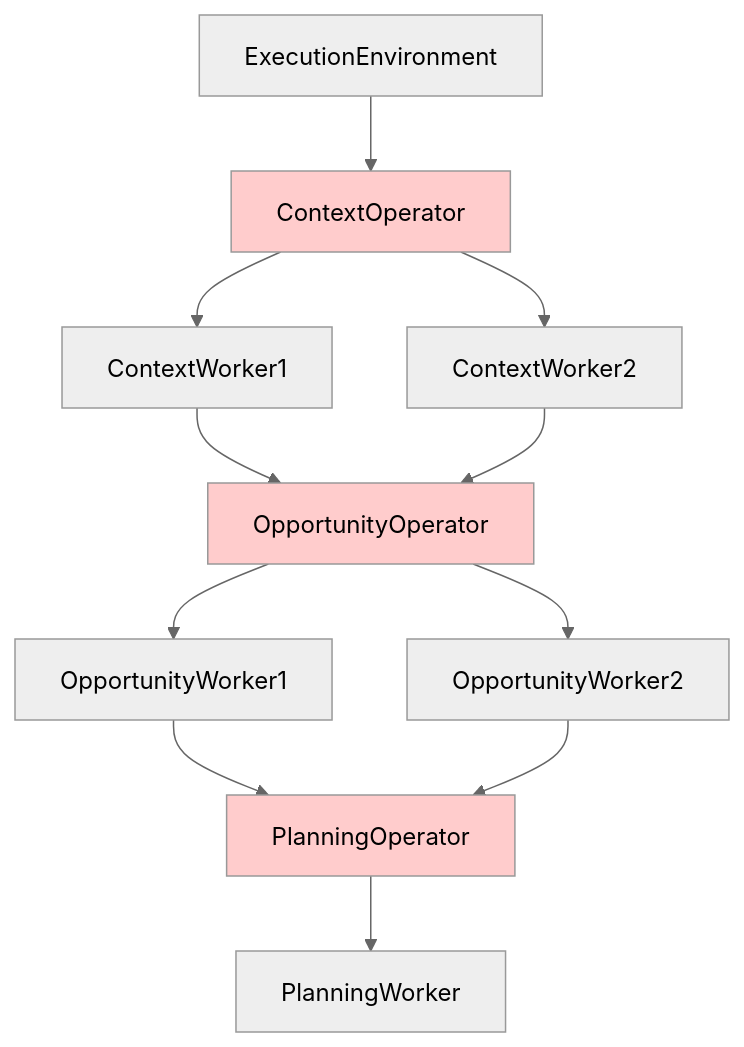
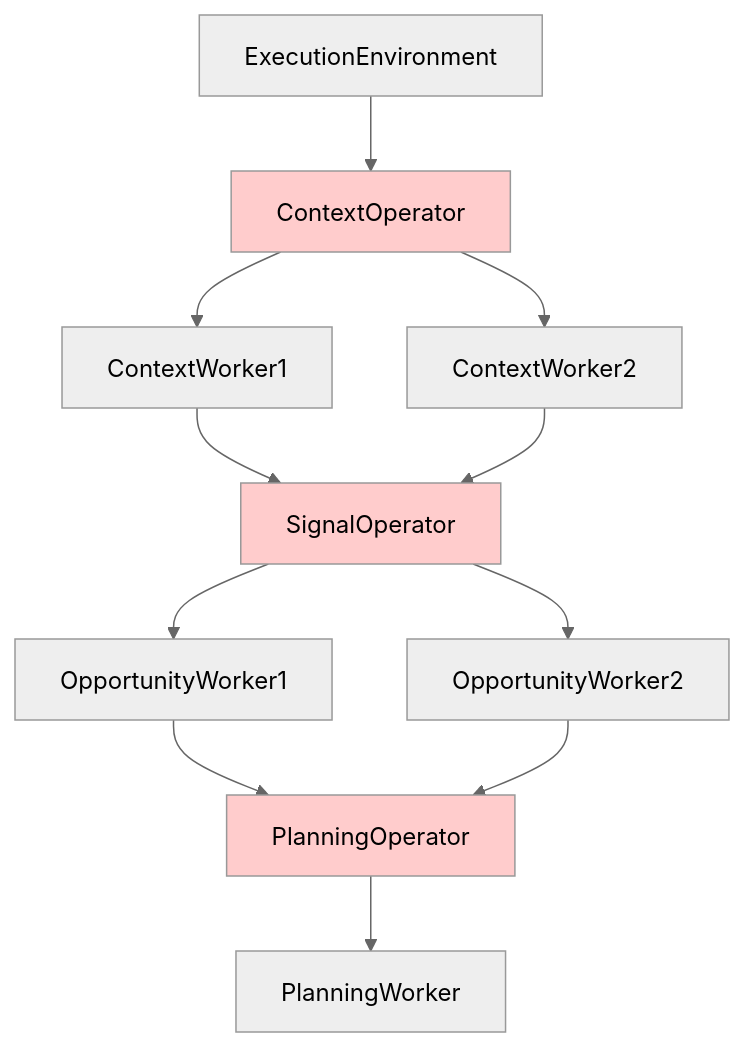
Before and after one commit to MikeyVK/S1mpleTraderV3: the third of 5 diagrams in docs/architecture/LAYERED_ARCHITECTURE.md, drawn with Mermaid (neutral theme). The commit also changed 13 other files, not shown here.

````diff
--- a/docs/architecture/LAYERED_ARCHITECTURE.md
+++ b/docs/architecture/LAYERED_ARCHITECTURE.md
@@ -260,27 +260,27 @@
 ```mermaid
 graph TD
     Env[ExecutionEnvironment]
     CtxOp[ContextOperator]
-    OppOp[OpportunityOperator]
+    OppOp[SignalOperator]
     PlanOp[PlanningOperator]
     CW1[ContextWorker1]
     CW2[ContextWorker2]
     OW1[OpportunityWorker1]
     OW2[OpportunityWorker2]
     PW[PlanningWorker]
     
     Env --> CtxOp
     CtxOp --> CW1
     CtxOp --> CW2
     CW1 --> OppOp
     CW2 --> OppOp
     OppOp --> OW1
     OppOp --> OW2
     OW1 --> PlanOp
     OW2 --> PlanOp
     PlanOp --> PW
     
     style CtxOp fill:#ffcccc
     style OppOp fill:#ffcccc
     style PlanOp fill:#ffcccc
 ```
````
